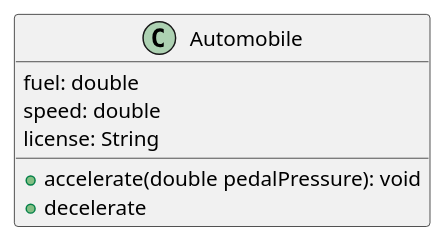
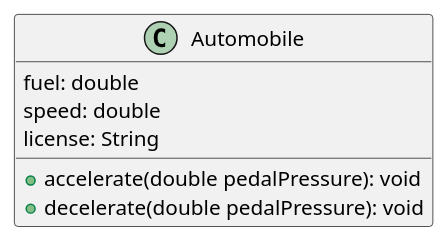
Before and after one commit to maxstronge/sciencia: the diagram in Notes/Computer Science/CPSC219 - Introductory Java/Classes.md, drawn with PlantUML. The commit also changed other lines of this file and 1 other file, not shown here.

`````diff
--- a/Notes/Computer Science/CPSC219 - Introductory Java/Classes.md
+++ b/Notes/Computer Science/CPSC219 - Introductory Java/Classes.md
@@ -10,10 +10,10 @@
 ```plantuml
 class Automobile {
 
 {field} fuel: double
 speed: double
 license: String
 {method} + accelerate(double pedalPressure): void
-{method} + decelerate
+{method} + decelerate(double pedalPressure): void
 }
 ````
`````
